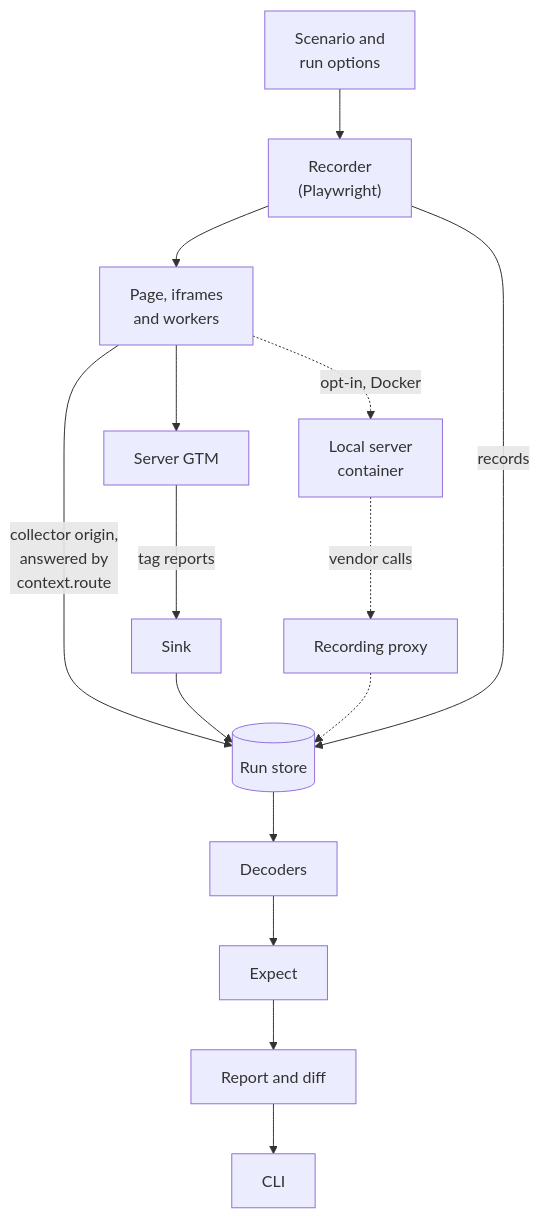
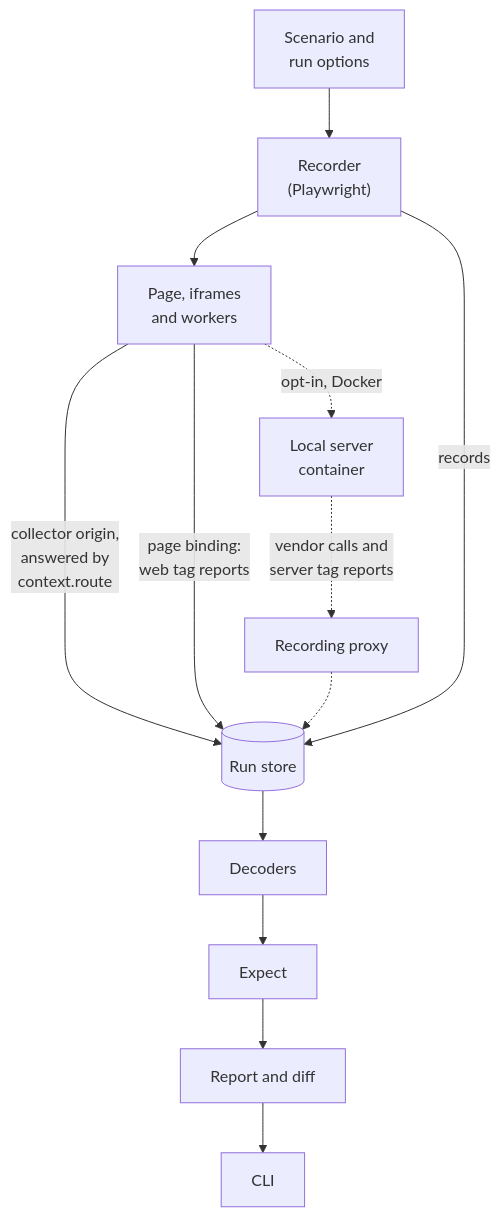
One commit to alfhen/pingwright changed the first of 2 diagrams in docs/design.md. Above: the diagram before and after it, drawn with Mermaid. The commit also changed other lines of this file and 2 other files, not shown here.

Commit message:
docs: design for the web reporter, no sink, no preview header

````diff
--- a/docs/design.md
+++ b/docs/design.md
@@ -40,17 +40,15 @@
 ```mermaid
 flowchart TB
   input["Scenario and<br/>run options"] --> recorder["Recorder<br/>(Playwright)"]
   recorder --> page["Page, iframes<br/>and workers"]
   page -->|"collector origin,<br/>answered by<br/>context.route"| store[("Run store")]
   recorder -->|records| store
-  page --> sgtm["Server GTM"]
-  sgtm -->|"tag reports"| sink["Sink"]
-  sink --> store
+  page -->|"page binding:<br/>web tag reports"| store
   page -.->|"opt-in, Docker"| local["Local server<br/>container"]
-  local -.->|"vendor calls"| proxy["Recording proxy"]
+  local -.->|"vendor calls and<br/>server tag reports"| proxy["Recording proxy"]
   proxy -.-> store
   store --> decoders["Decoders"]
   decoders --> expect["Expect"]
   expect --> report["Report and diff"]
   report --> front["CLI"]
 ```
````
